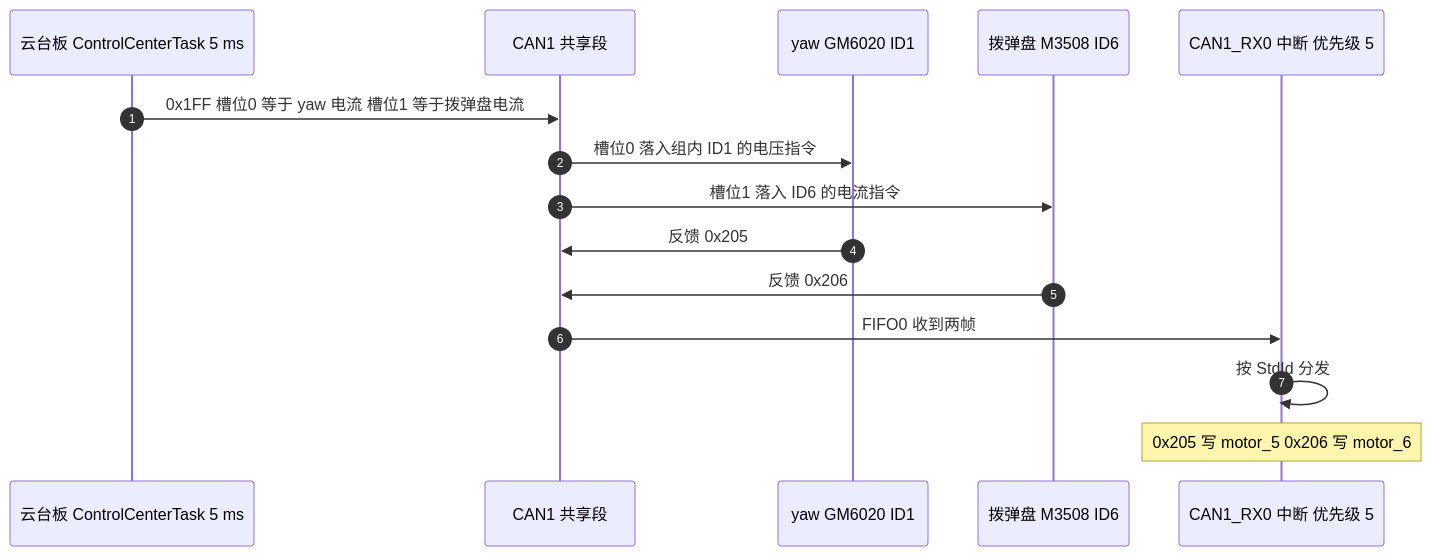
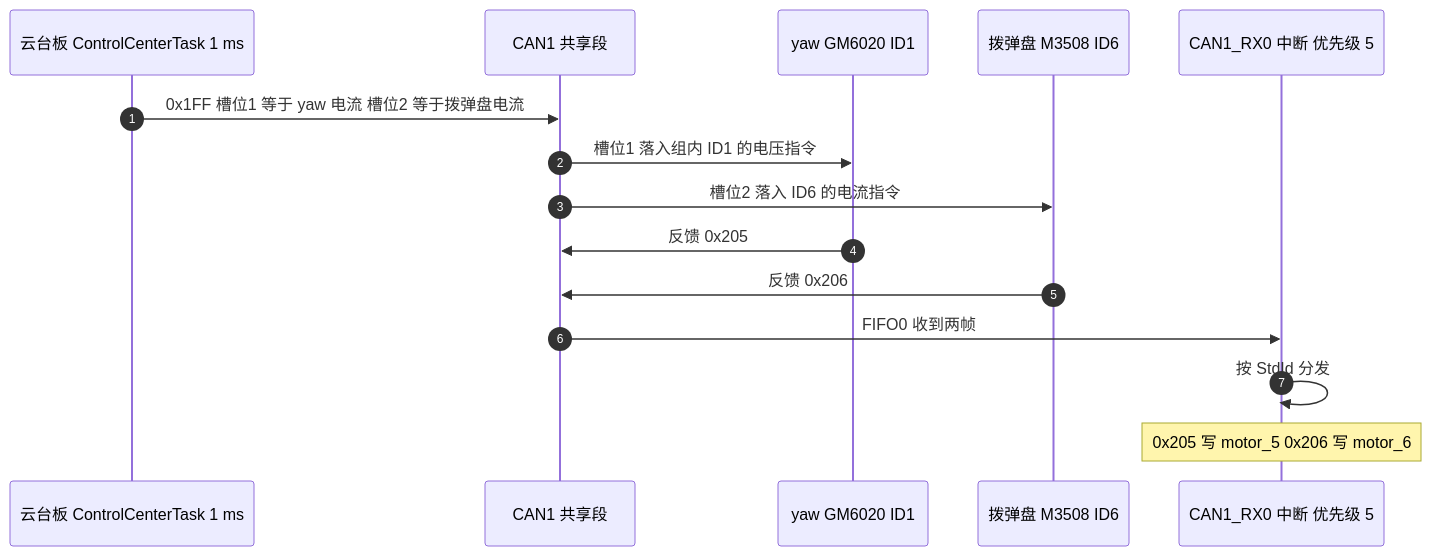
One commit to TC635807/TC63PersonalWebsite changed the second of 2 diagrams in docs/03-CAN 与电机/05-拓扑与波特率/02-电机ID与帧头分配表.md. Above: the diagram before and after it, drawn with Mermaid. The commit also changed other lines of this file and 728 other files, not shown here.

````diff
--- a/docs/03-CAN 与电机/05-拓扑与波特率/02-电机ID与帧头分配表.md
+++ b/docs/03-CAN 与电机/05-拓扑与波特率/02-电机ID与帧头分配表.md
@@ -54,17 +58,17 @@
 ```mermaid
 sequenceDiagram
   autonumber
-  participant T as 云台板 ControlCenterTask 5 ms
+  participant T as 云台板 ControlCenterTask 1 ms
   participant B as CAN1 共享段
   participant Y as yaw GM6020 ID1
   participant F as 拨弹盘 M3508 ID6
   participant I as CAN1_RX0 中断 优先级 5
-  T->>B: 0x1FF 槽位0 等于 yaw 电流 槽位1 等于拨弹盘电流
-  B->>Y: 槽位0 落入组内 ID1 的电压指令
-  B->>F: 槽位1 落入 ID6 的电流指令
+  T->>B: 0x1FF 槽位1 等于 yaw 电流 槽位2 等于拨弹盘电流
+  B->>Y: 槽位1 落入组内 ID1 的电压指令
+  B->>F: 槽位2 落入 ID6 的电流指令
   Y->>B: 反馈 0x205
   F->>B: 反馈 0x206
   B->>I: FIFO0 收到两帧
   I->>I: 按 StdId 分发
   Note over I: 0x205 写 motor_5 0x206 写 motor_6
 ```
````
